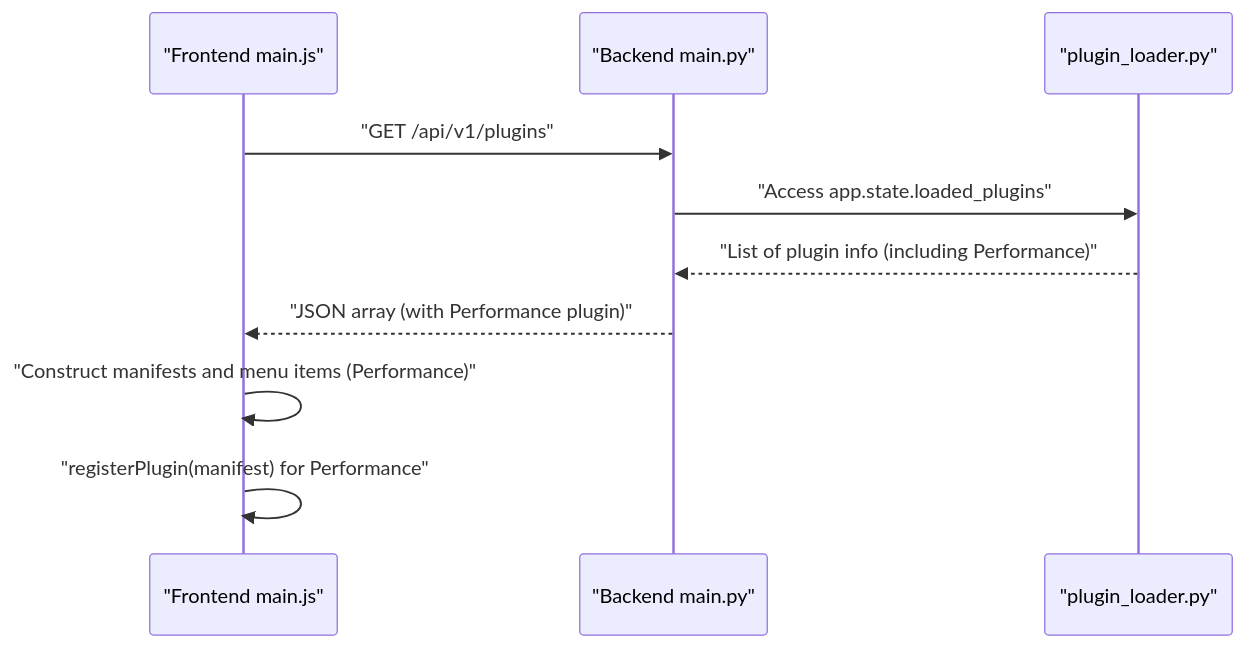
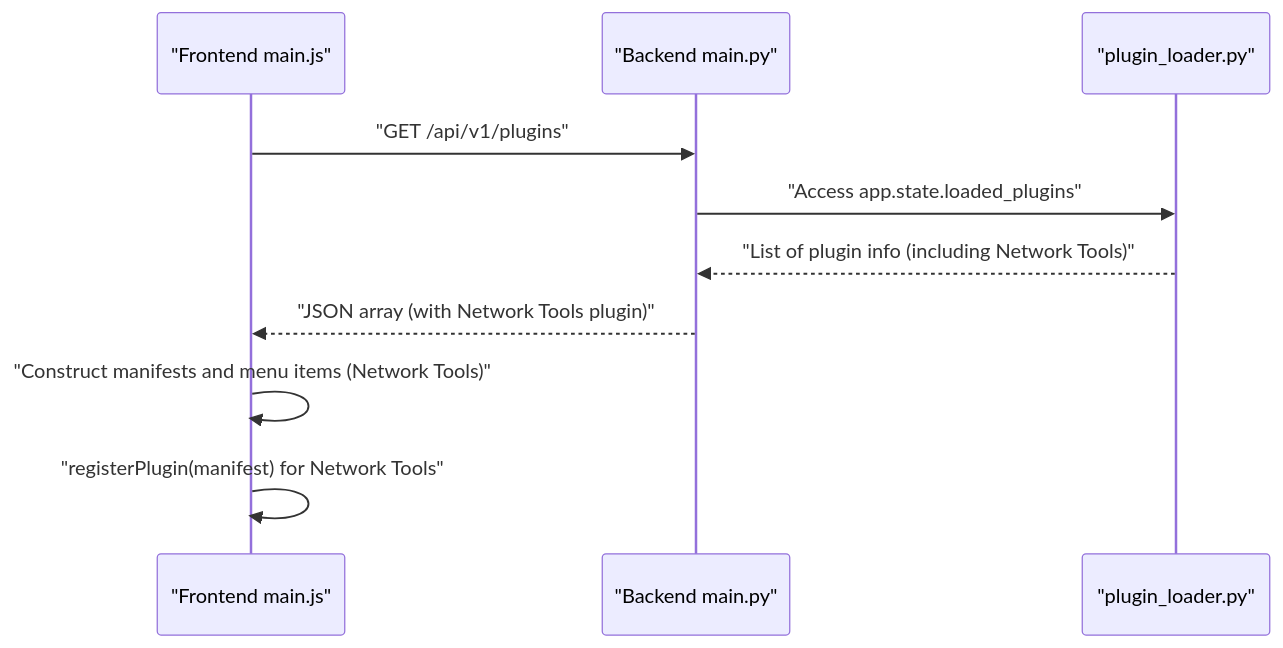
The tenth of 11 diagrams in .qoder/repowiki/en/content/Plugin System Architecture/Frontend Plugin Integration.md (Nikita5543/New-SSO-02), drawn with Mermaid before and after one commit. The commit also changed other lines of this file and 6 other files, not shown here.

````diff
--- a/.qoder/repowiki/en/content/Plugin System Architecture/Frontend Plugin Integration.md
+++ b/.qoder/repowiki/en/content/Plugin System Architecture/Frontend Plugin Integration.md
@@ -418,12 +432,12 @@
 ```mermaid
 sequenceDiagram
 participant FE as "Frontend main.js"
 participant BE as "Backend main.py"
 participant PL as "plugin_loader.py"
 FE->>BE : "GET /api/v1/plugins"
 BE->>PL : "Access app.state.loaded_plugins"
-PL-->>BE : "List of plugin info (including Performance)"
-BE-->>FE : "JSON array (with Performance plugin)"
-FE->>FE : "Construct manifests and menu items (Performance)"
-FE->>FE : "registerPlugin(manifest) for Performance"
+PL-->>BE : "List of plugin info (including Network Tools)"
+BE-->>FE : "JSON array (with Network Tools plugin)"
+FE->>FE : "Construct manifests and menu items (Network Tools)"
+FE->>FE : "registerPlugin(manifest) for Network Tools"
 ```
````
